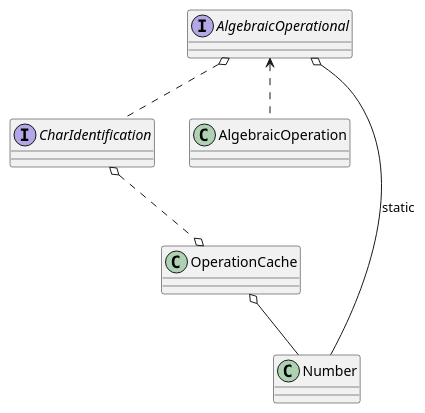
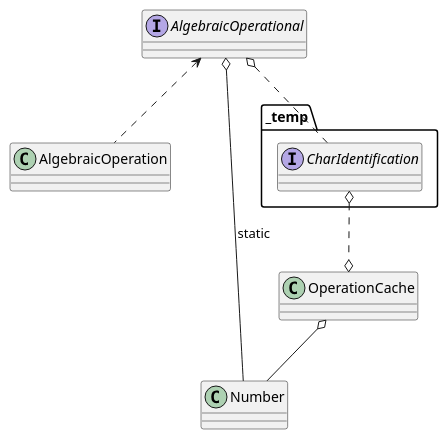
One commit to vitalispopoff/calculator changed the diagram in src/main/resources/CalculatorClasses.puml. Above: the diagram before and after it, drawn with PlantUML. The commit also changed 8 other files, not shown here.

```diff
--- a/src/main/resources/CalculatorClasses.puml
+++ b/src/main/resources/CalculatorClasses.puml
@@ -1,22 +1,22 @@
 @startuml
 
 interface AlgebraicOperational
-interface CharIdentification
+interface _temp.CharIdentification
 class AlgebraicOperation
 class Number
 class OperationCache
 
 AlgebraicOperational <.. AlgebraicOperation
 AlgebraicOperational o-- Number : static
-CharIdentification  o..o OperationCache
-AlgebraicOperational o.. CharIdentification
+_temp.CharIdentification  o..o OperationCache
+AlgebraicOperational o.. _temp.CharIdentification
 
 OperationCache o-- Number
 
 /'
 class ArrayList {
 Object[] elementData
 size()
 }'/
 
 @enduml
```
